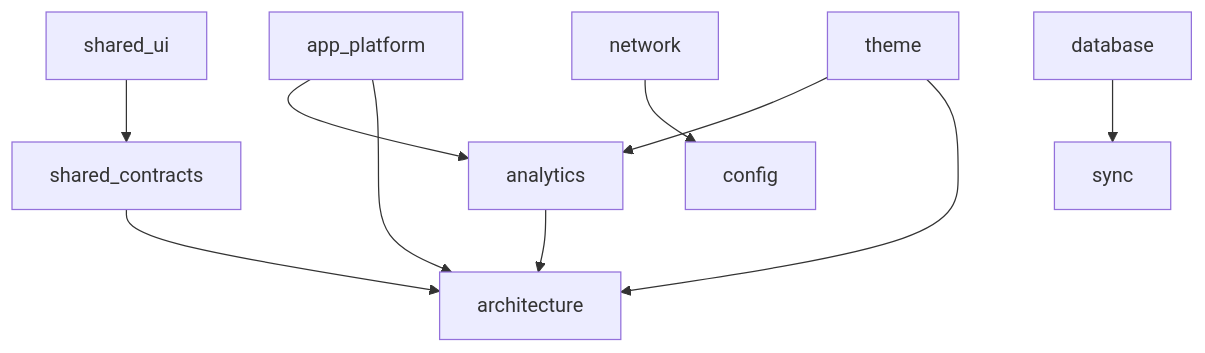
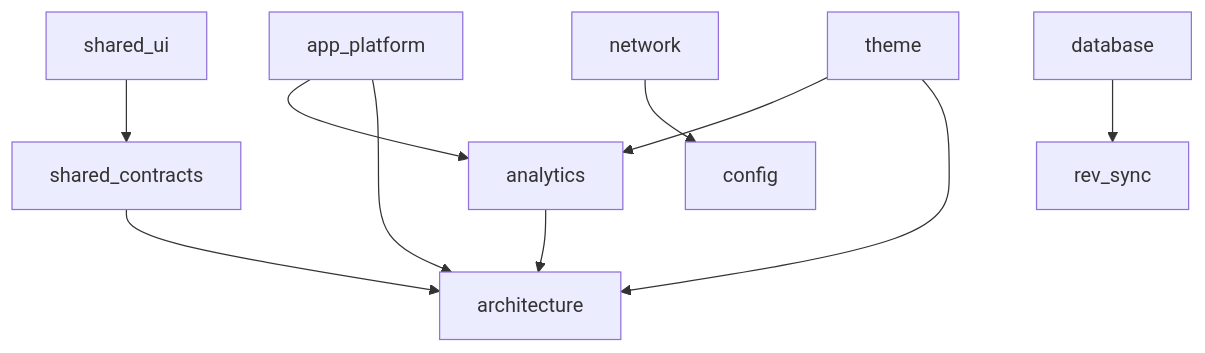
The second of 4 diagrams in README.md (kido-luci/flutter-starter-template), drawn with Mermaid before and after one commit. The commit also changed other lines of this file and 33 other files, not shown here.

````diff
--- a/README.md
+++ b/README.md
@@ -219,10 +219,10 @@
 ```mermaid
 graph TD
   shared_ui --> shared_contracts --> architecture
   app_platform --> analytics --> architecture
   theme --> analytics
   app_platform --> architecture
   theme --> architecture
   network --> config
-  database --> sync
+  database --> rev_sync
 ```
````
